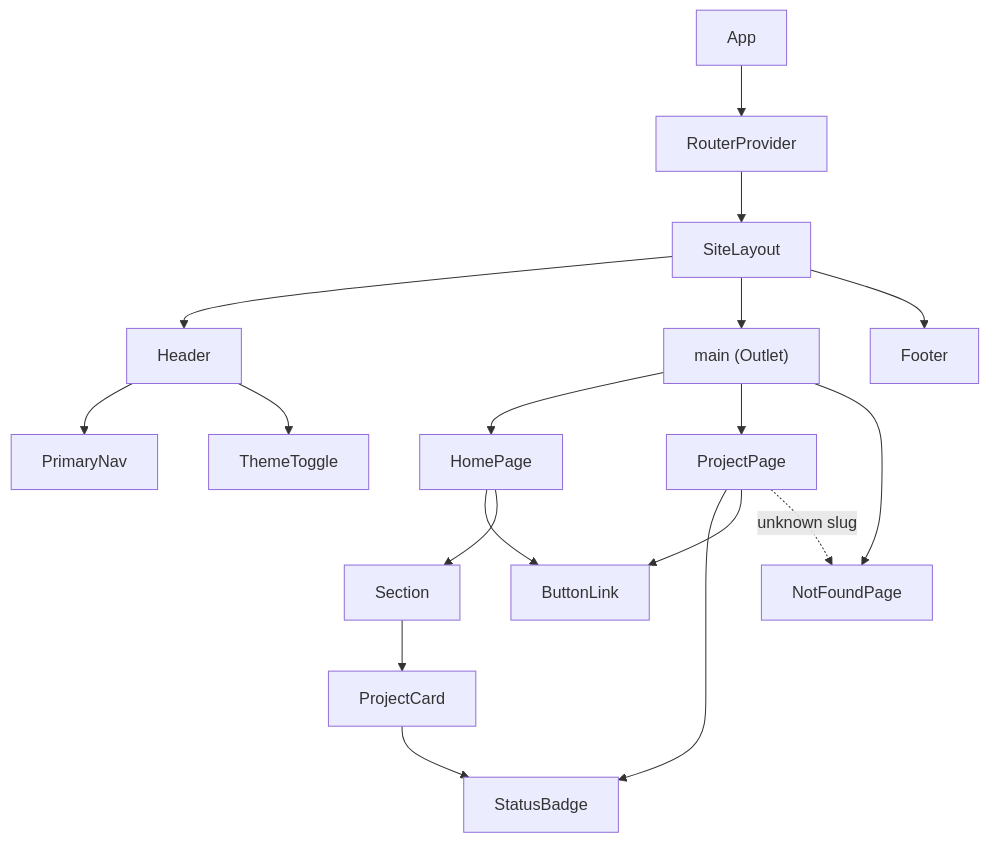
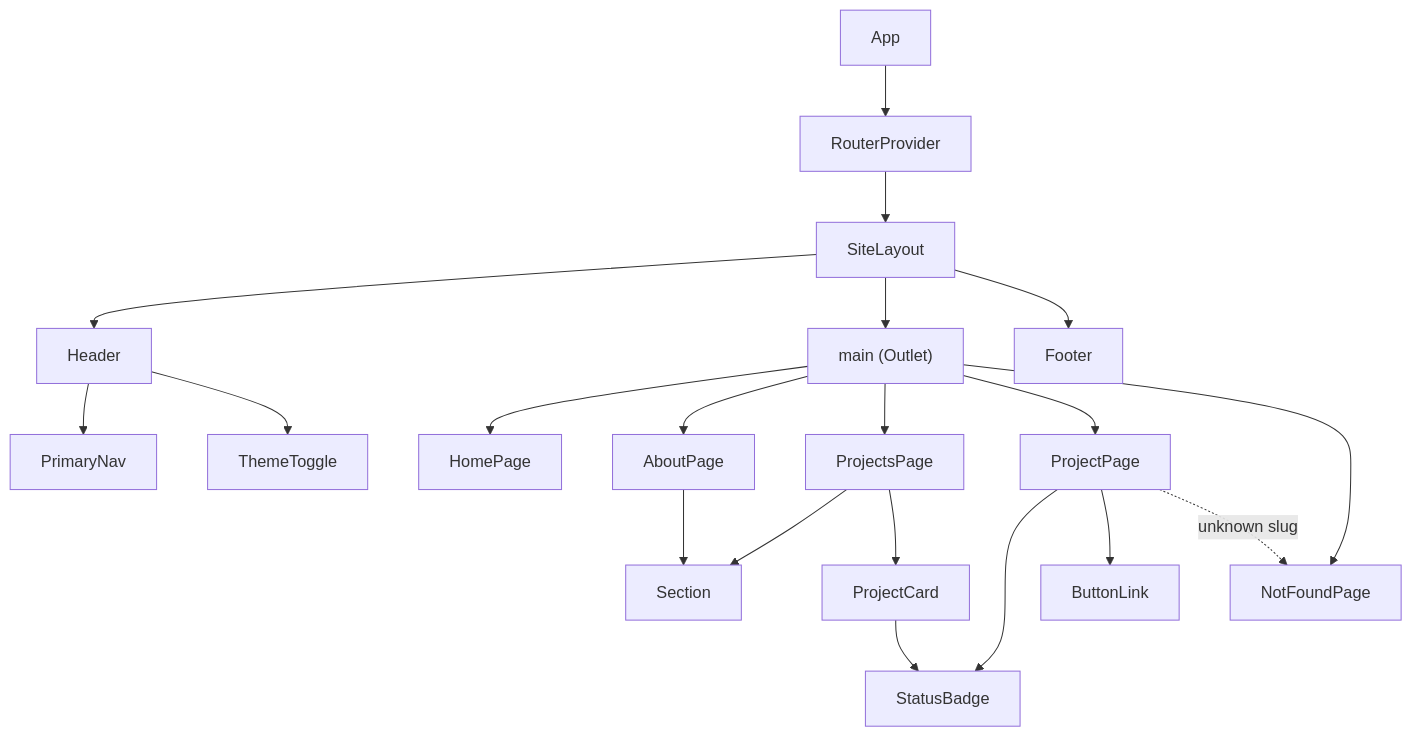
Before and after one commit to brennan-carson/brennan-carson-portfolio: the third of 6 diagrams in docs/repository-guide.md, drawn with Mermaid. The commit also changed other lines of this file and 32 other files, not shown here.

````diff
--- a/docs/repository-guide.md
+++ b/docs/repository-guide.md
@@ -67,20 +67,22 @@
 ```mermaid
 flowchart TD
   App --> RouterProvider
   RouterProvider --> SiteLayout
   SiteLayout --> Header
   SiteLayout --> Main["main (Outlet)"]
   SiteLayout --> Footer
   Header --> PrimaryNav
   Header --> ThemeToggle
   Main --> HomePage
+  Main --> AboutPage
+  Main --> ProjectsPage
   Main --> ProjectPage
   Main --> NotFoundPage
-  HomePage --> ButtonLink
-  HomePage --> Section
-  Section --> ProjectCard
+  AboutPage --> Section
+  ProjectsPage --> Section
+  ProjectsPage --> ProjectCard
   ProjectCard --> StatusBadge
   ProjectPage --> StatusBadge
   ProjectPage --> ButtonLink
   ProjectPage -. unknown slug .-> NotFoundPage
 ```
````
